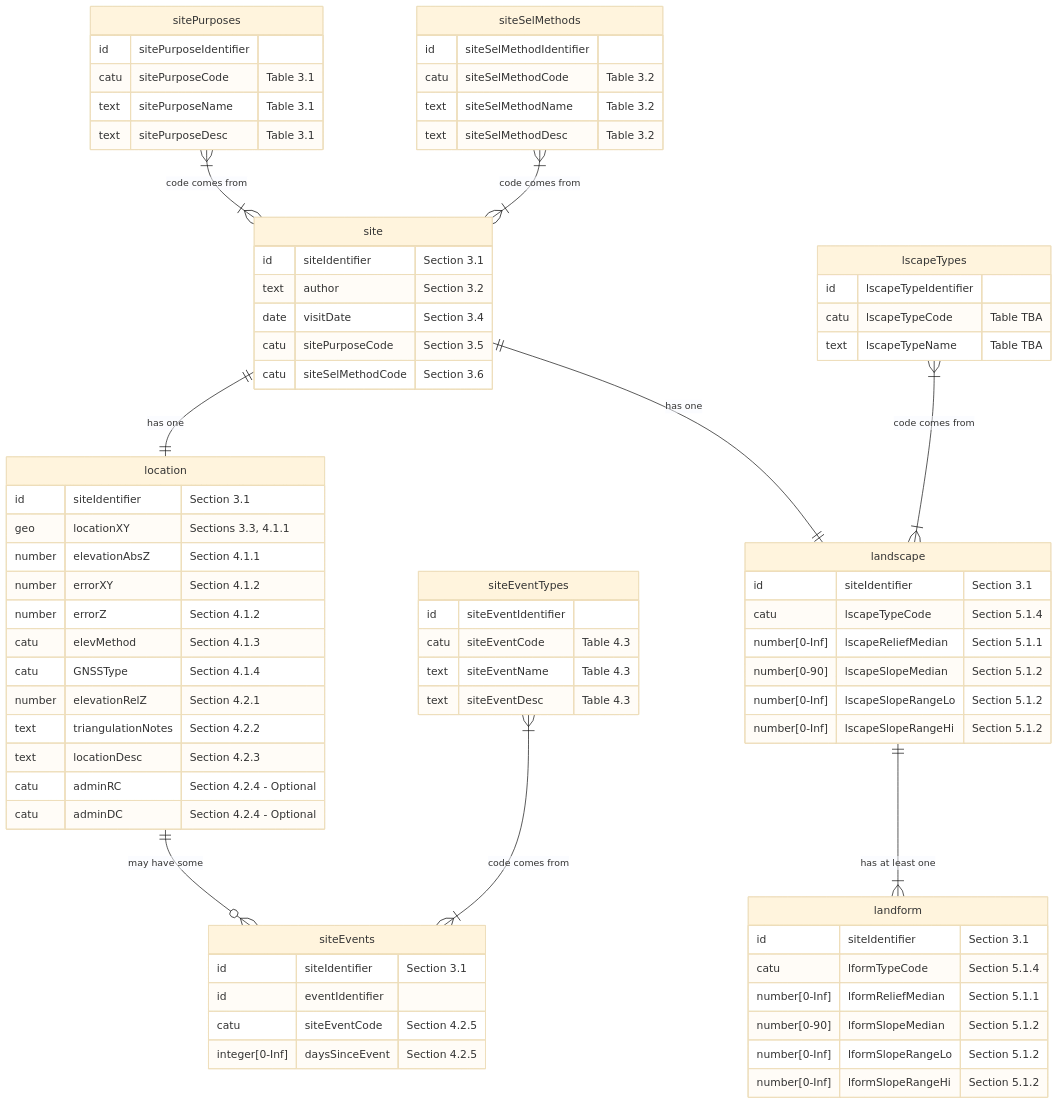
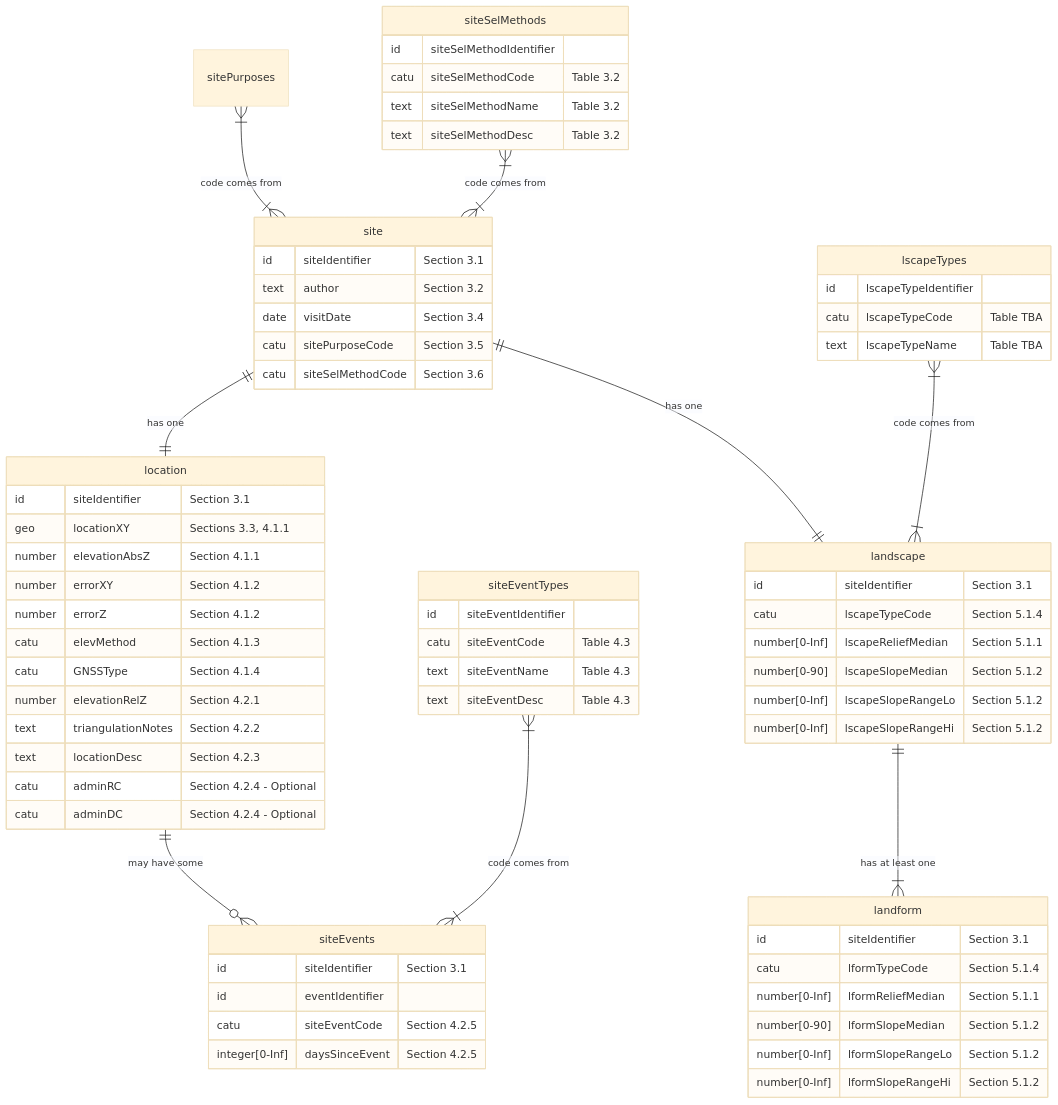
One commit to manaakiwhenua/NZ_soildesc_2024 changed the third of 15 diagrams in ap_03_database_design.qmd. Above: the diagram before and after it, drawn with Mermaid (base theme). The commit also changed other lines of this file and 2 other files, not shown here.

First line of the commit message:
reformat exposure type table

```diff
--- a/ap_03_database_design.qmd
+++ b/ap_03_database_design.qmd
@@ -126,12 +93,7 @@
   catu siteSelMethodCode "Section 3.6"
   }
   
-  sitePurposes {
-  id sitePurposeIdentifier
-  catu sitePurposeCode "Table 3.1"
-  text sitePurposeName "Table 3.1"
-  text sitePurposeDesc "Table 3.1"
-  }
+  
   
   siteSelMethods {
   id siteSelMethodIdentifier
```
